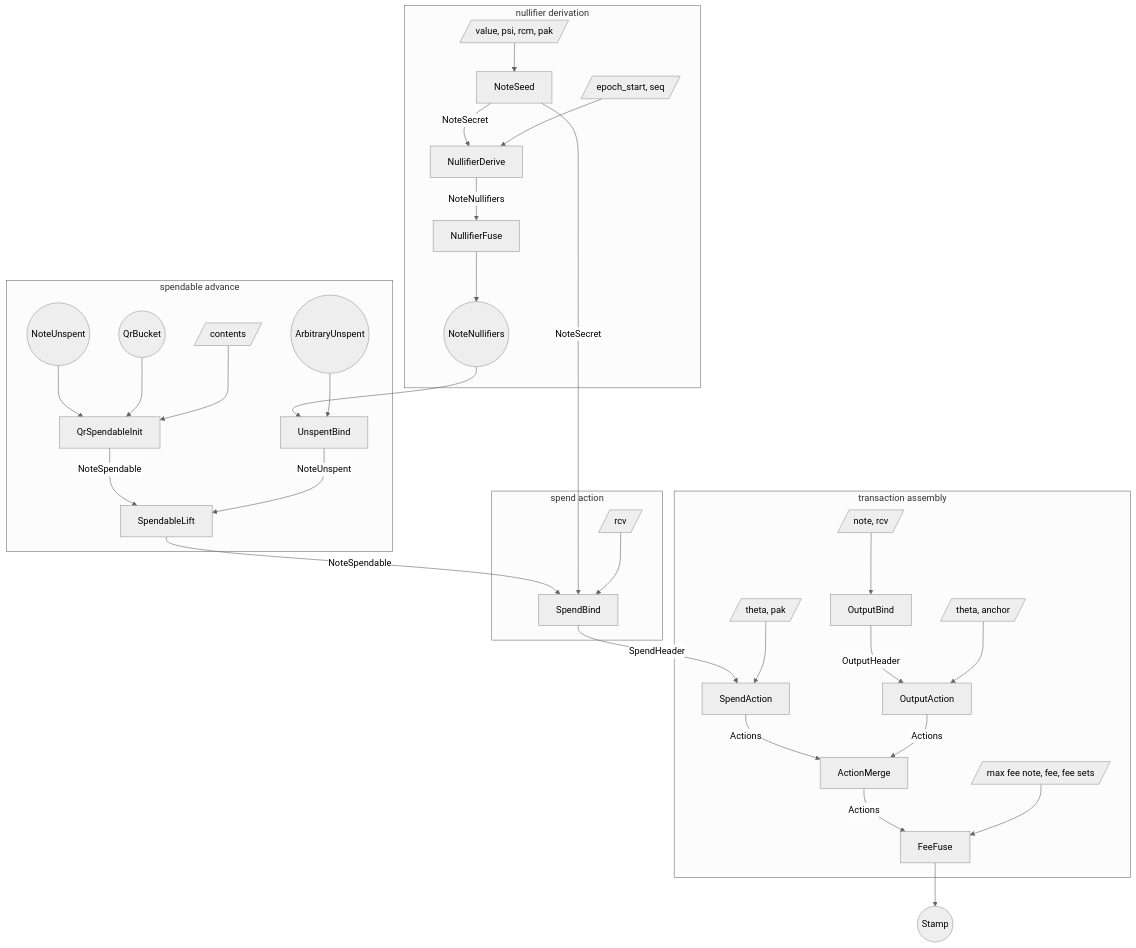
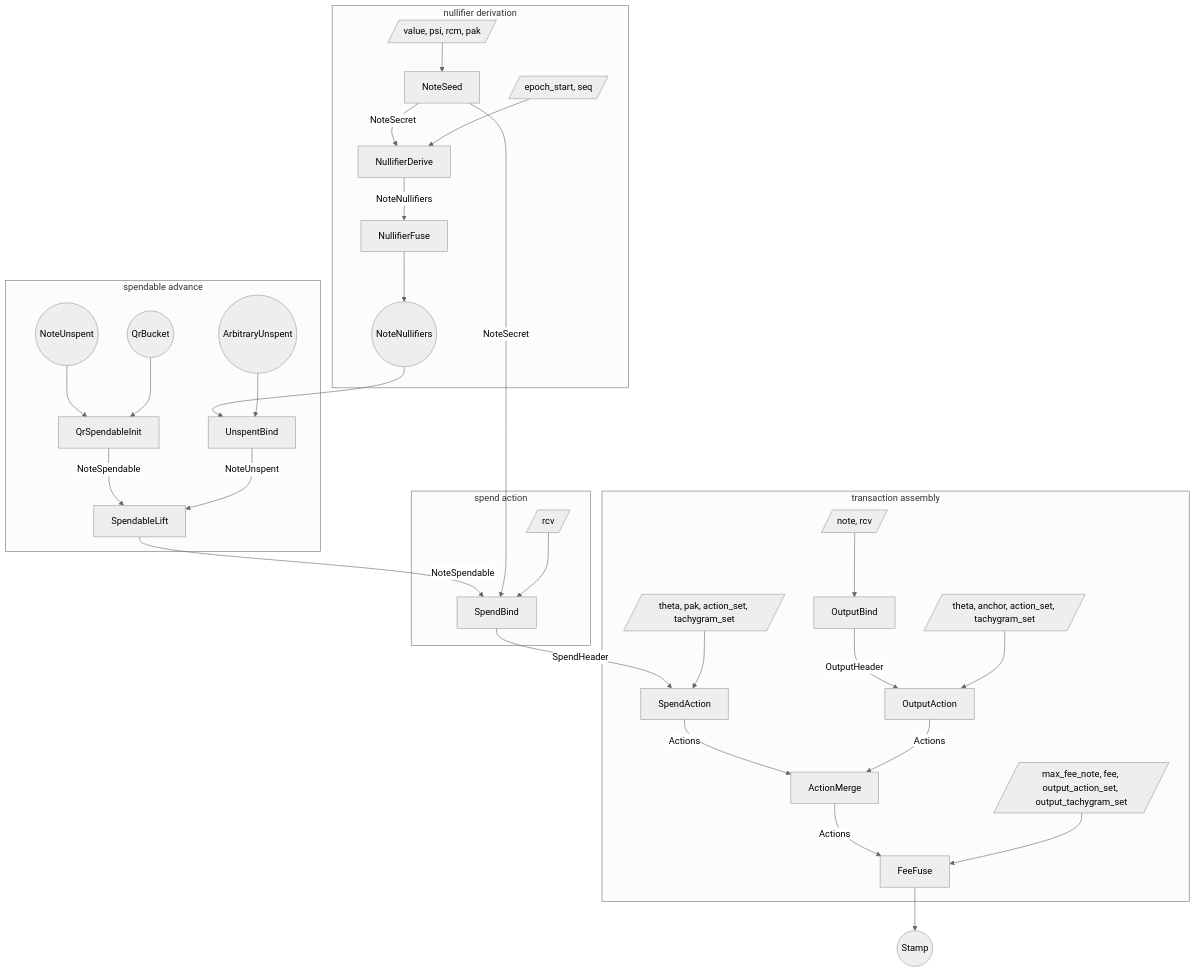
The first of 3 diagrams in book/src/proof-tree.md (tachyon-zcash/tachyon), drawn with Mermaid (neutral theme) before and after one commit. The commit also changed other lines of this file and 35 other files, not shown here.

````diff
--- a/book/src/proof-tree.md
+++ b/book/src/proof-tree.md
@@ -434,69 +437,67 @@
 ```mermaid
 flowchart TB
   subgraph derive [nullifier derivation]
     w_seed[/value, psi, rcm, pak/]
     s_seed[NoteSeed]
     w_window[/epoch_start, seq/]
     s_window[NullifierDerive]
     s_dfuse[NullifierFuse]
     nf_range((NoteNullifiers))
   end
 
   subgraph spendable [spendable advance]
     bucket_in((QrBucket))
     creation_in((NoteUnspent))
-    w_init[/contents/]
     s_init[QrSpendableInit]
     unspent_in((ArbitraryUnspent))
     s_unspentbind[UnspentBind]
     s_lift[SpendableLift]
   end
 
   subgraph spend_stamp [spend action]
     w_bind[/rcv/]
     s_bind[SpendBind]
   end
 
   subgraph merge [transaction assembly]
-    w_stamp[/theta, pak/]
+    w_stamp[/theta, pak, action_set, tachygram_set/]
     s_spendstamp[SpendAction]
     w_outbind[/note, rcv/]
     s_outbind[OutputBind]
-    w_output[/theta, anchor/]
+    w_output[/theta, anchor, action_set, tachygram_set/]
     s_output[OutputAction]
     s_merge[ActionMerge]
-    w_fee[/max fee note, fee, fee sets/]
+    w_fee[/max_fee_note, fee, output_action_set, output_tachygram_set/]
     s_fee[FeeFuse]
   end
 
   stamp_out((Stamp))
 
   w_seed --> s_seed
   s_seed -->|NoteSecret| s_window
   w_window --> s_window
   s_window -->|NoteNullifiers| s_dfuse
   s_dfuse --> nf_range
 
   creation_in --> s_init
   bucket_in --> s_init
-  w_init --> s_init
   nf_range --> s_unspentbind
   unspent_in --> s_unspentbind
   s_init -->|NoteSpendable| s_lift
   s_unspentbind -->|NoteUnspent| s_lift
   s_lift -->|NoteSpendable| s_bind
 
   s_seed -->|NoteSecret| s_bind
   w_bind --> s_bind
   s_bind -->|SpendHeader| s_spendstamp
   w_stamp --> s_spendstamp
 
   w_outbind --> s_outbind
   s_outbind -->|OutputHeader| s_output
   w_output --> s_output
   s_spendstamp -->|Actions| s_merge
   s_output -->|Actions| s_merge
   s_merge -->|Actions| s_fee
   w_fee --> s_fee
   s_fee --> stamp_out
 ```
````
